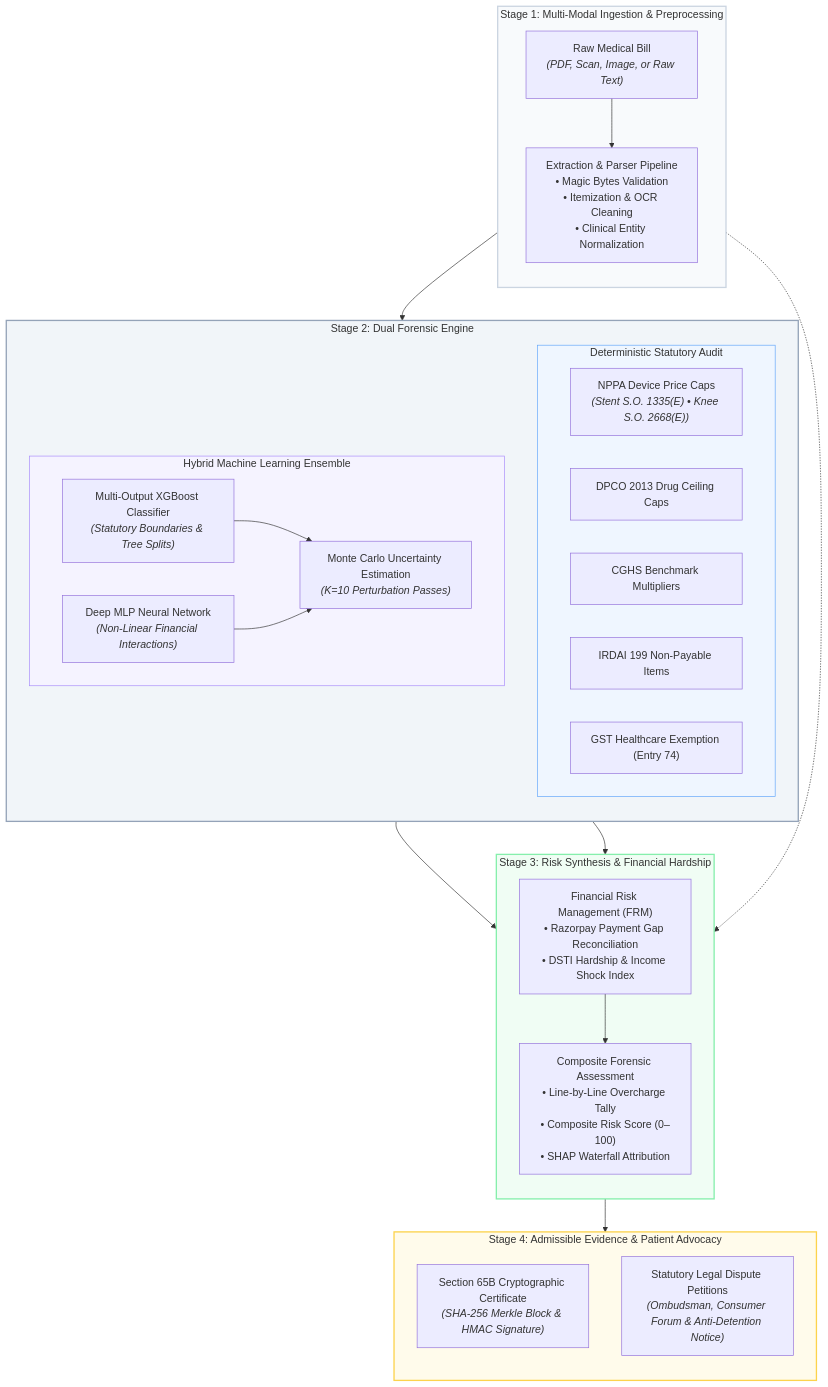
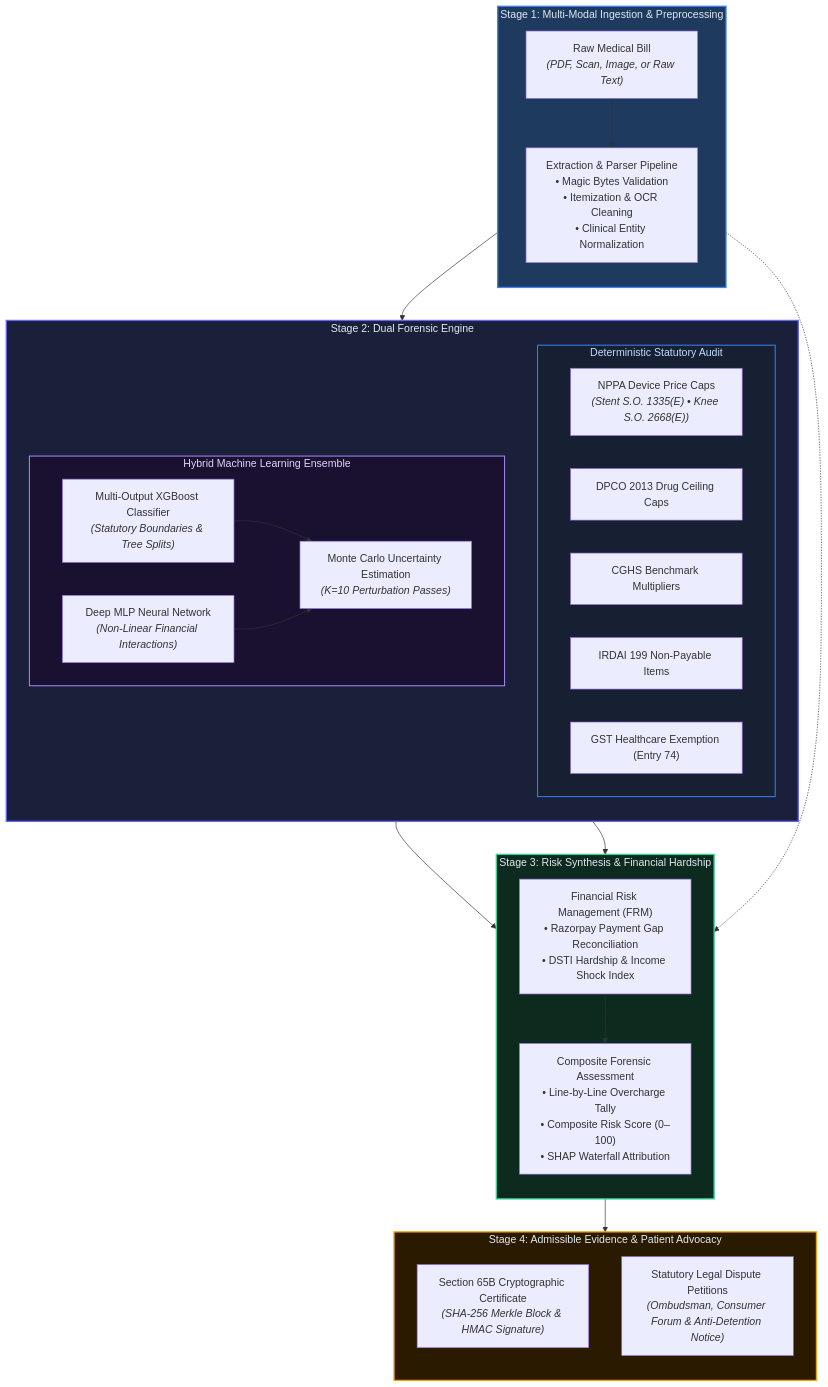
The first of 2 diagrams in README.md (Harshil-18-byte/CuraVeris), drawn with Mermaid before and after one commit.

Commit message:
Fixed the Product Model diagram colours — replaced white/pale subgraph fills with dark navy, indigo, emerald and amber tones so the chart looks proper on both GitHub light and dark mode

````diff
--- a/README.md
+++ b/README.md
@@ -51,51 +51,51 @@
 ```mermaid
 flowchart TD
   subgraph Stage1 ["Stage 1: Multi-Modal Ingestion & Preprocessing"]
     direction TB
     A["Raw Medical Bill<br/><i>(PDF, Scan, Image, or Raw Text)</i>"] --> B["Extraction & Parser Pipeline<br/>• Magic Bytes Validation<br/>• Itemization & OCR Cleaning<br/>• Clinical Entity Normalization"]
   end
 
   subgraph Stage2 ["Stage 2: Dual Forensic Engine"]
     direction TB
     subgraph Legal ["Deterministic Statutory Audit"]
       C1["NPPA Device Price Caps<br/><i>(Stent S.O. 1335(E) • Knee S.O. 2668(E))</i>"]
       C2["DPCO 2013 Drug Ceiling Caps"]
       C3["CGHS Benchmark Multipliers"]
       C4["IRDAI 199 Non-Payable Items"]
       C5["GST Healthcare Exemption (Entry 74)"]
     end
 
     subgraph ML ["Hybrid Machine Learning Ensemble"]
       D1["Multi-Output XGBoost Classifier<br/><i>(Statutory Boundaries & Tree Splits)</i>"]
       D2["Deep MLP Neural Network<br/><i>(Non-Linear Financial Interactions)</i>"]
       D3["Monte Carlo Uncertainty Estimation<br/><i>(K=10 Perturbation Passes)</i>"]
       D1 & D2 --> D3
     end
   end
 
   subgraph Stage3 ["Stage 3: Risk Synthesis & Financial Hardship"]
     direction TB
     E["Composite Forensic Assessment<br/>• Line-by-Line Overcharge Tally<br/>• Composite Risk Score (0–100)<br/>• SHAP Waterfall Attribution"]
     F["Financial Risk Management (FRM)<br/>• Razorpay Payment Gap Reconciliation<br/>• DSTI Hardship & Income Shock Index"]
   end
 
   subgraph Stage4 ["Stage 4: Admissible Evidence & Patient Advocacy"]
     direction TB
     G1["Section 65B Cryptographic Certificate<br/><i>(SHA-256 Merkle Block & HMAC Signature)</i>"]
     G2["Statutory Legal Dispute Petitions<br/><i>(Ombudsman, Consumer Forum & Anti-Detention Notice)</i>"]
   end
 
   Stage1 --> Stage2
   Legal --> E
   ML --> E
   B -.-> F
   F --> E
   Stage3 --> Stage4
 
-  style Stage1 fill:#f8fafc,stroke:#cbd5e1,stroke-width:2px
-  style Stage2 fill:#f1f5f9,stroke:#94a3b8,stroke-width:2px
-  style Legal fill:#eff6ff,stroke:#60a5fa,stroke-width:1px
-  style ML fill:#f5f3ff,stroke:#a78bfa,stroke-width:1px
-  style Stage3 fill:#f0fdf4,stroke:#86efac,stroke-width:2px
-  style Stage4 fill:#fffbeb,stroke:#fcd34d,stroke-width:2px
+  style Stage1 fill:#1e3a5f,stroke:#3b82f6,stroke-width:2px,color:#e2e8f0
+  style Stage2 fill:#1a1f3a,stroke:#6366f1,stroke-width:2px,color:#e2e8f0
+  style Legal fill:#162032,stroke:#3b82f6,stroke-width:1.5px,color:#bfdbfe
+  style ML fill:#1a1030,stroke:#a78bfa,stroke-width:1.5px,color:#ddd6fe
+  style Stage3 fill:#0d2a1f,stroke:#34d399,stroke-width:2px,color:#e2e8f0
+  style Stage4 fill:#2a1a00,stroke:#f59e0b,stroke-width:2px,color:#e2e8f0
 ```
````
